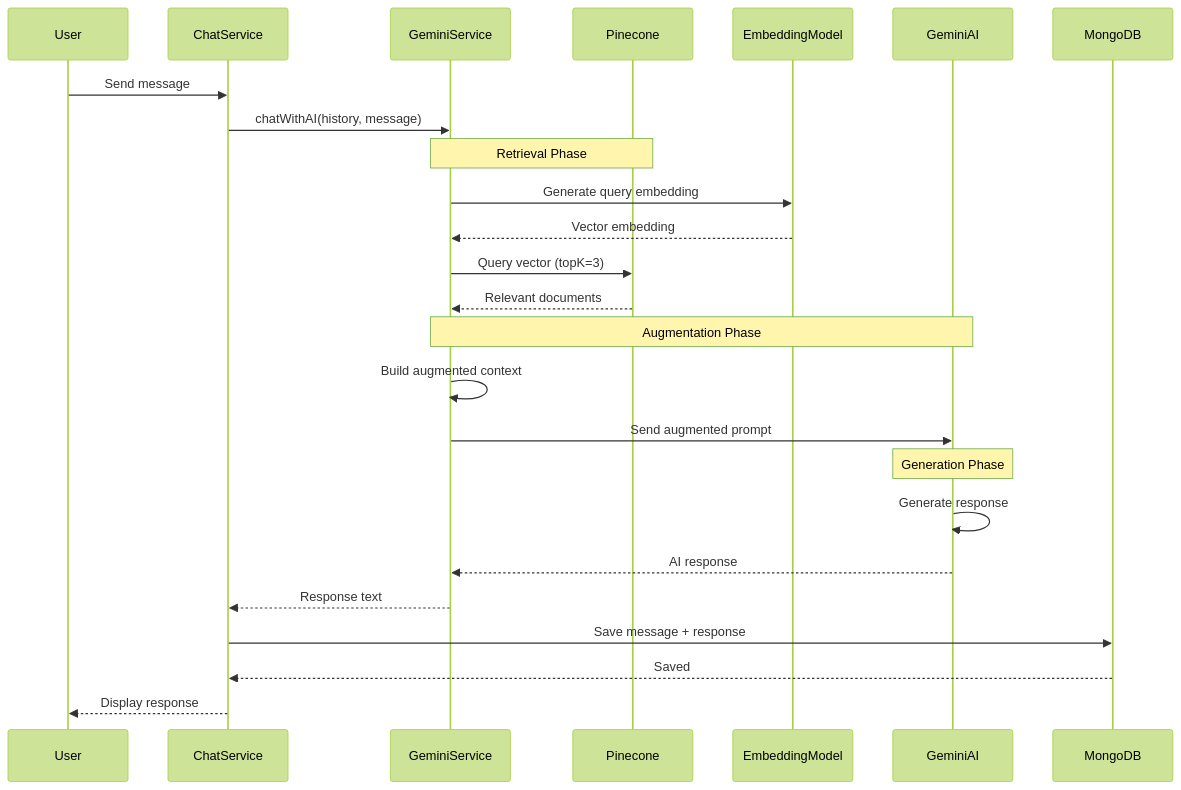
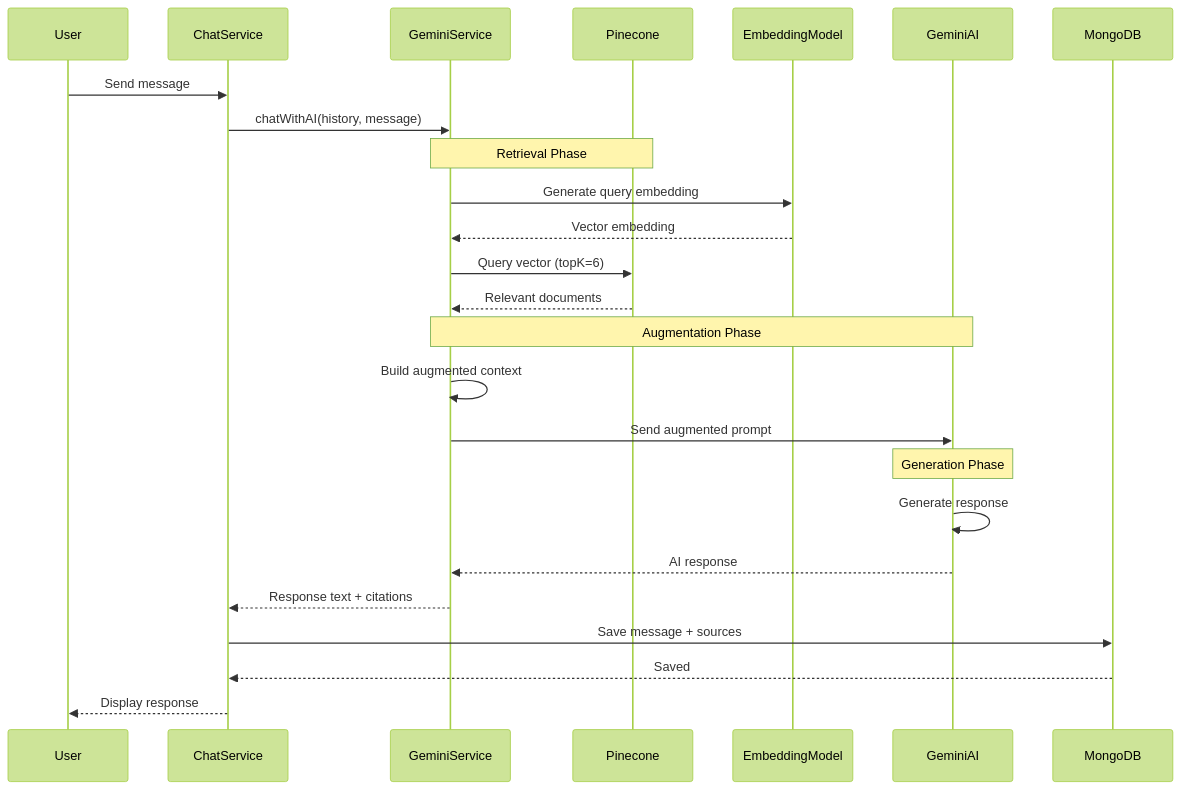
One commit to hoangsonww/AI-RAG-Assistant-Chatbot changed diagram 12 of 30 in ARCHITECTURE.md. Above: the diagram before and after it, drawn with Mermaid (forest theme). The commit also changed other lines of this file and 30 other files, not shown here.

````diff
--- a/ARCHITECTURE.md
+++ b/ARCHITECTURE.md
@@ -548,32 +548,32 @@
 ```mermaid
 sequenceDiagram
     participant User
     participant ChatService
     participant GeminiService
     participant Pinecone
     participant EmbeddingModel
     participant GeminiAI
     participant MongoDB
 
     User->>ChatService: Send message
     ChatService->>GeminiService: chatWithAI(history, message)
 
     Note over GeminiService,Pinecone: Retrieval Phase
     GeminiService->>EmbeddingModel: Generate query embedding
     EmbeddingModel-->>GeminiService: Vector embedding
-    GeminiService->>Pinecone: Query vector (topK=3)
+    GeminiService->>Pinecone: Query vector (topK=6)
     Pinecone-->>GeminiService: Relevant documents
 
     Note over GeminiService,GeminiAI: Augmentation Phase
     GeminiService->>GeminiService: Build augmented context
     GeminiService->>GeminiAI: Send augmented prompt
 
     Note over GeminiAI: Generation Phase
     GeminiAI->>GeminiAI: Generate response
     GeminiAI-->>GeminiService: AI response
 
-    GeminiService-->>ChatService: Response text
-    ChatService->>MongoDB: Save message + response
+    GeminiService-->>ChatService: Response text + citations
+    ChatService->>MongoDB: Save message + sources
     MongoDB-->>ChatService: Saved
     ChatService-->>User: Display response
 ```
````
